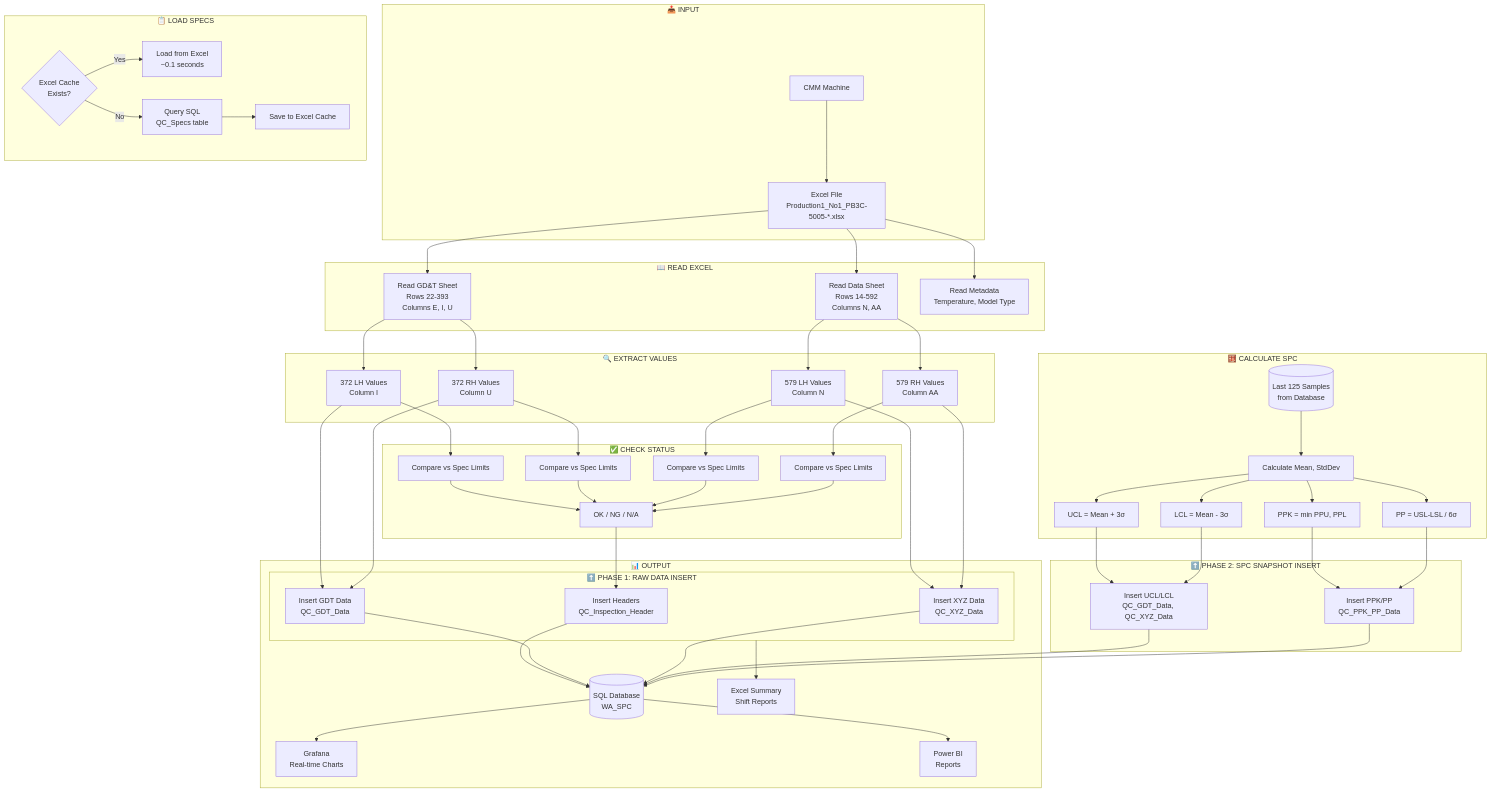
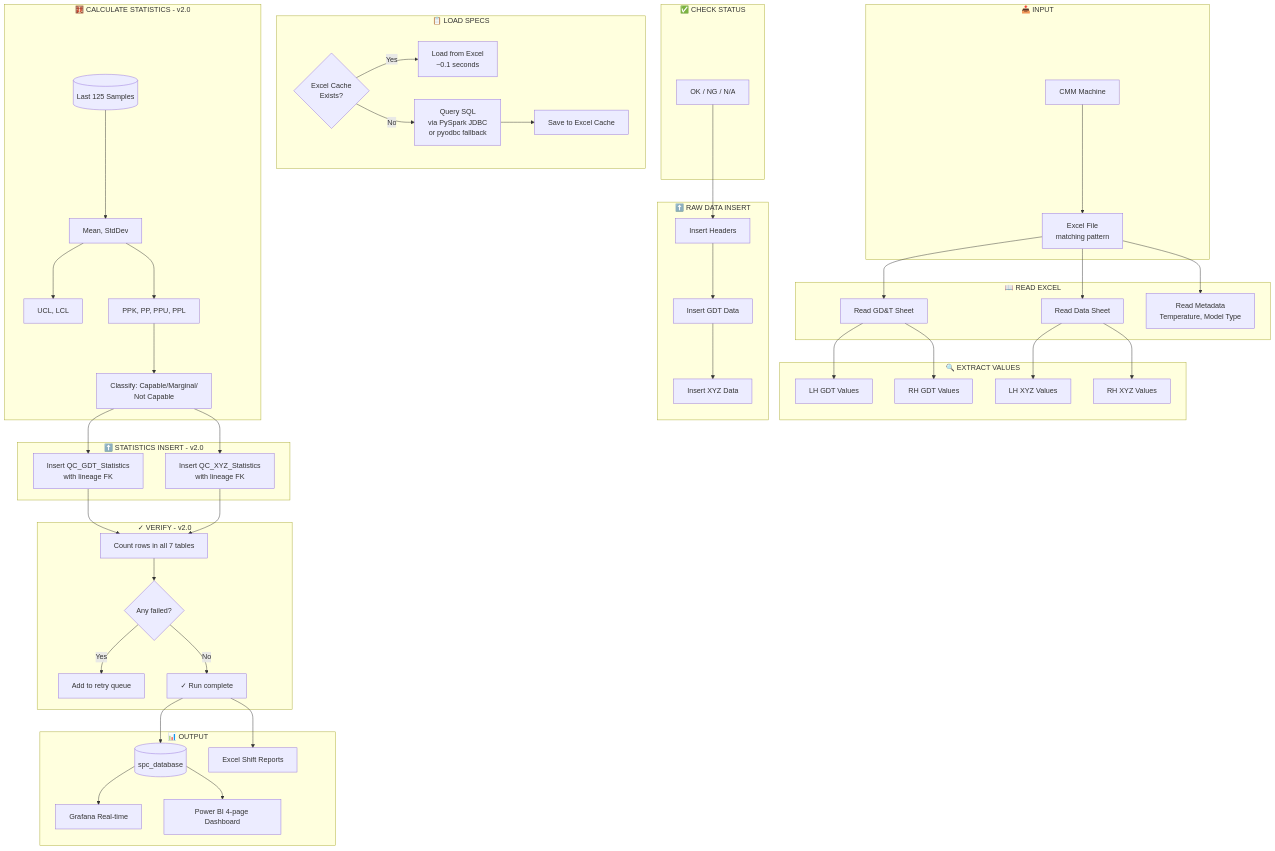
One commit to KSangmuang/SPC-Dashboard changed the seventh of 12 diagrams in README.md. Above: the diagram before and after it, drawn with Mermaid. The commit also changed other lines of this file, not shown here.

````diff
--- a/README.md
+++ b/README.md
@@ -486,71 +666,63 @@
 ```mermaid
 flowchart TD
     subgraph INPUT["📥 INPUT"]
-        CMM[CMM Machine] --> EXCEL[Excel File<br/>Production1_No1_PB3C-5005-*.xlsx]
+        CMM[CMM Machine] --> EXCEL[Excel File<br/>matching pattern]
     end
-    
+
     subgraph READ["📖 READ EXCEL"]
-        EXCEL --> GDT_READ[Read GD&T Sheet<br/>Rows 22-393<br/>Columns E, I, U]
-        EXCEL --> XYZ_READ[Read Data Sheet<br/>Rows 14-592<br/>Columns N, AA]
+        EXCEL --> GDT_READ[Read GD&T Sheet]
+        EXCEL --> XYZ_READ[Read Data Sheet]
         EXCEL --> META[Read Metadata<br/>Temperature, Model Type]
     end
-    
+
     subgraph EXTRACT["🔍 EXTRACT VALUES"]
-        GDT_READ --> GDT_LH[372 LH Values<br/>Column I]
-        GDT_READ --> GDT_RH[372 RH Values<br/>Column U]
-        XYZ_READ --> XYZ_LH[579 LH Values<br/>Column N]
-        XYZ_READ --> XYZ_RH[579 RH Values<br/>Column AA]
+        GDT_READ --> GDT_LH[LH GDT Values]
+        GDT_READ --> GDT_RH[RH GDT Values]
+        XYZ_READ --> XYZ_LH[LH XYZ Values]
+        XYZ_READ --> XYZ_RH[RH XYZ Values]
     end
-    
+
     subgraph SPECS["📋 LOAD SPECS"]
         CACHE{Excel Cache<br/>Exists?}
         CACHE -->|Yes| LOAD_EXCEL[Load from Excel<br/>~0.1 seconds]
-        CACHE -->|No| LOAD_SQL[Query SQL<br/>QC_Specs table]
+        CACHE -->|No| LOAD_SQL[Query SQL<br/>via PySpark JDBC<br/>or pyodbc fallback]
         LOAD_SQL --> SAVE_CACHE[Save to Excel Cache]
     end
-    
+
     subgraph STATUS["✅ CHECK STATUS"]
-        GDT_LH --> CHECK1[Compare vs Spec Limits]
-        GDT_RH --> CHECK2[Compare vs Spec Limits]
-        XYZ_LH --> CHECK3[Compare vs Spec Limits]
-        XYZ_RH --> CHECK4[Compare vs Spec Limits]
-        CHECK1 --> STATUS_RESULT[OK / NG / N/A]
-        CHECK2 --> STATUS_RESULT
-        CHECK3 --> STATUS_RESULT
-        CHECK4 --> STATUS_RESULT
+        STATUS_RESULT[OK / NG / N/A]
     end
-    
-    subgraph PHASE1["⬆️ PHASE 1: RAW DATA INSERT"]
-        STATUS_RESULT --> INSERT_HEADER[Insert Headers<br/>QC_Inspection_Header]
-        GDT_LH --> INSERT_GDT[Insert GDT Data<br/>QC_GDT_Data]
-        GDT_RH --> INSERT_GDT
-        XYZ_LH --> INSERT_XYZ[Insert XYZ Data<br/>QC_XYZ_Data]
-        XYZ_RH --> INSERT_XYZ
+
+    subgraph INSERT_RAW["⬆️ RAW DATA INSERT"]
+        STATUS_RESULT --> INSERT_HEADER[Insert Headers]
+        INSERT_HEADER --> INSERT_GDT[Insert GDT Data]
+        INSERT_GDT --> INSERT_XYZ[Insert XYZ Data]
     end
-    
-    subgraph CALC["🧮 CALCULATE SPC"]
-        DB_HIST[(Last 125 Samples<br/>from Database)] --> CALC_STATS[Calculate Mean, StdDev]
-        CALC_STATS --> CALC_UCL[UCL = Mean + 3σ]
-        CALC_STATS --> CALC_LCL[LCL = Mean - 3σ]
-        CALC_STATS --> CALC_PPK[PPK = min PPU, PPL]
-        CALC_STATS --> CALC_PP[PP = USL-LSL / 6σ]
+
+    subgraph CALC["🧮 CALCULATE STATISTICS - v2.0"]
+        DB_HIST[(Last 125 Samples)] --> CALC_STATS[Mean, StdDev]
+        CALC_STATS --> CALC_LIMITS[UCL, LCL]
+        CALC_STATS --> CALC_PPK[PPK, PP, PPU, PPL]
+        CALC_PPK --> CLASSIFY[Classify: Capable/Marginal/<br/>Not Capable]
     end
-    
-    subgraph PHASE2["⬆️ PHASE 2: SPC SNAPSHOT INSERT"]
-        CALC_UCL --> INSERT_UCL[Insert UCL/LCL<br/>QC_GDT_Data, QC_XYZ_Data]
-        CALC_LCL --> INSERT_UCL
-        CALC_PPK --> INSERT_PPK[Insert PPK/PP<br/>QC_PPK_PP_Data]
-        CALC_PP --> INSERT_PPK
+
+    subgraph INSERT_STATS["⬆️ STATISTICS INSERT - v2.0"]
+        CLASSIFY --> INSERT_GSTATS[Insert QC_GDT_Statistics<br/>with lineage FK]
+        CLASSIFY --> INSERT_XSTATS[Insert QC_XYZ_Statistics<br/>with lineage FK]
     end
-    
+
+    subgraph VERIFY["✓ VERIFY - v2.0"]
+        INSERT_GSTATS --> CHECK[Count rows in all 7 tables]
+        INSERT_XSTATS --> CHECK
+        CHECK --> RETRY{Any failed?}
+        RETRY -->|Yes| QUEUE[Add to retry queue]
+        RETRY -->|No| OK[✓ Run complete]
+    end
+
     subgraph OUTPUT["📊 OUTPUT"]
-        INSERT_HEADER --> DB[(SQL Database<br/>WA_SPC)]
-        INSERT_GDT --> DB
-        INSERT_XYZ --> DB
-        INSERT_UCL --> DB
-        INSERT_PPK --> DB
-        DB --> GRAFANA[Grafana<br/>Real-time Charts]
-        DB --> POWERBI[Power BI<br/>Reports]
-        PHASE1 --> EXCEL_OUT[Excel Summary<br/>Shift Reports]
+        OK --> DB[(spc_database)]
+        DB --> GRAFANA[Grafana Real-time]
+        DB --> POWERBI[Power BI 4-page Dashboard]
+        OK --> EXCEL_OUT[Excel Shift Reports]
     end
 ```
````
